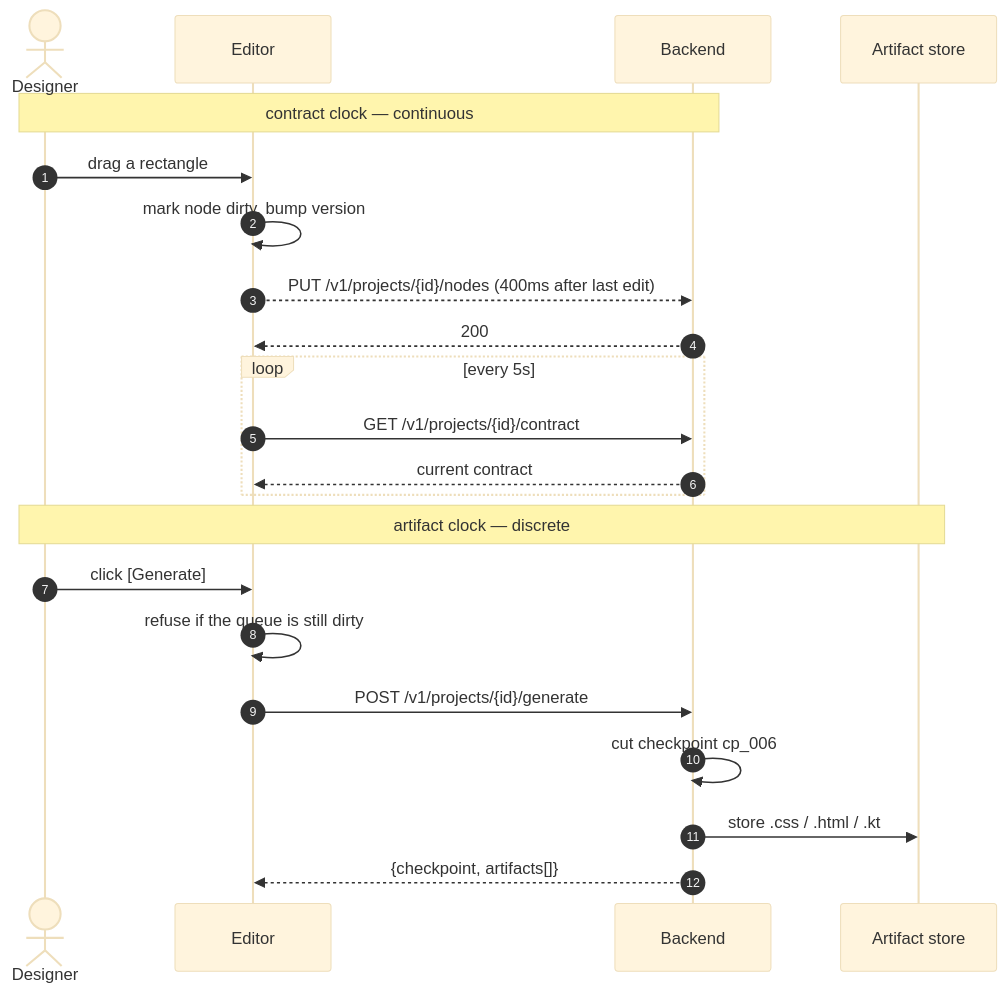
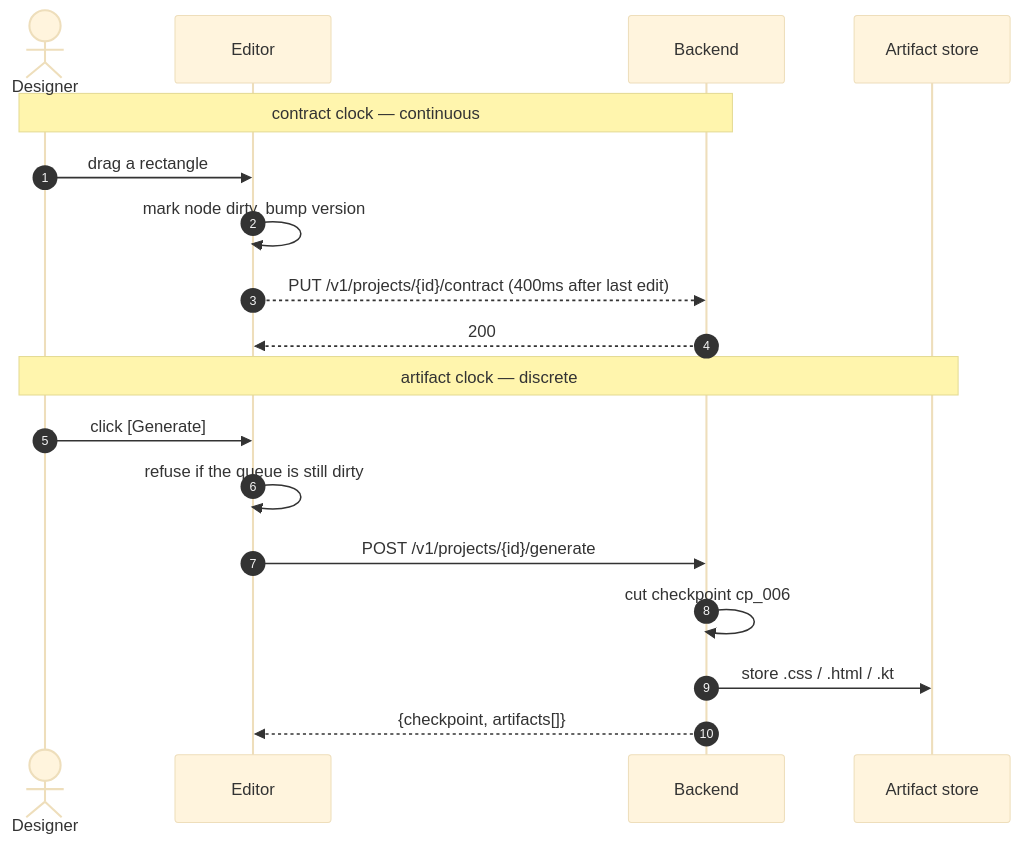
The second of 2 diagrams in README.md (JuneKim0007/IKK), drawn with Mermaid (base theme) before and after one commit. The commit also changed other lines of this file and 10 other files, not shown here.

````diff
--- a/README.md
+++ b/README.md
@@ -109,26 +133,22 @@
 ```mermaid
 sequenceDiagram
     autonumber
     actor D as Designer
     participant E as Editor
     participant B as Backend
     participant A as Artifact store
 
     Note over D,B: contract clock — continuous
     D->>E: drag a rectangle
     E->>E: mark node dirty, bump version
-    E-->>B: PUT /v1/projects/{id}/nodes (400ms after last edit)
+    E-->>B: PUT /v1/projects/{id}/contract (400ms after last edit)
     B-->>E: 200
-    loop every 5s
-        E->>B: GET /v1/projects/{id}/contract
-        B-->>E: current contract
-    end
 
     Note over D,A: artifact clock — discrete
     D->>E: click [Generate]
     E->>E: refuse if the queue is still dirty
     E->>B: POST /v1/projects/{id}/generate
     B->>B: cut checkpoint cp_006
     B->>A: store .css / .html / .kt
     B-->>E: {checkpoint, artifacts[]}
 ```
````
